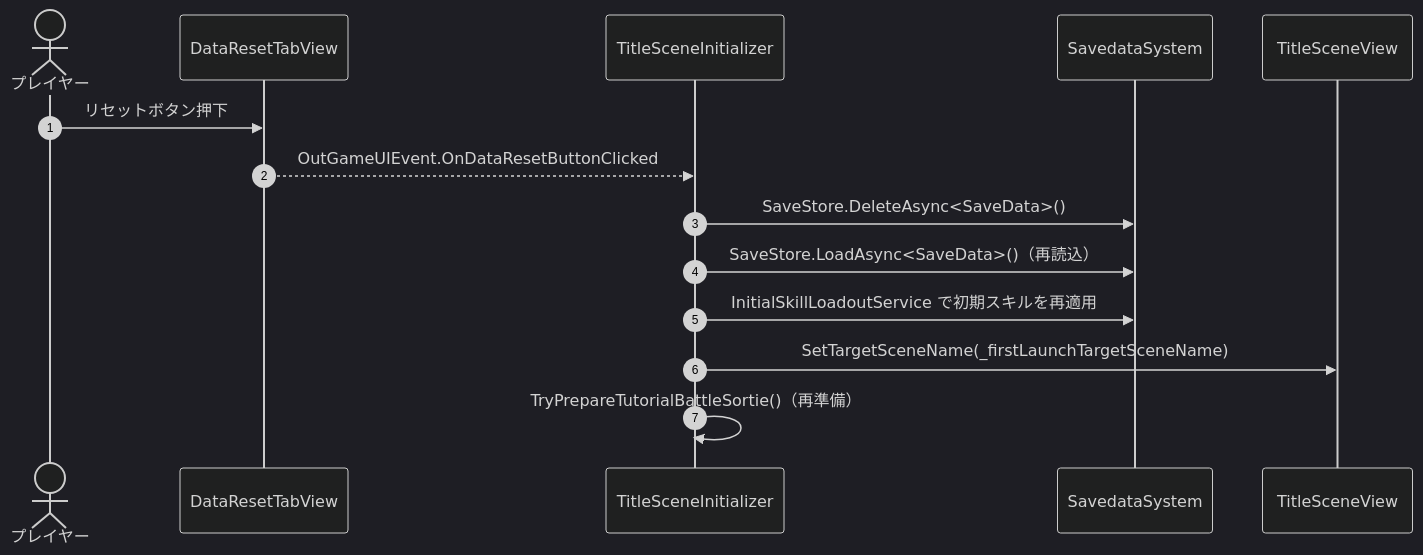
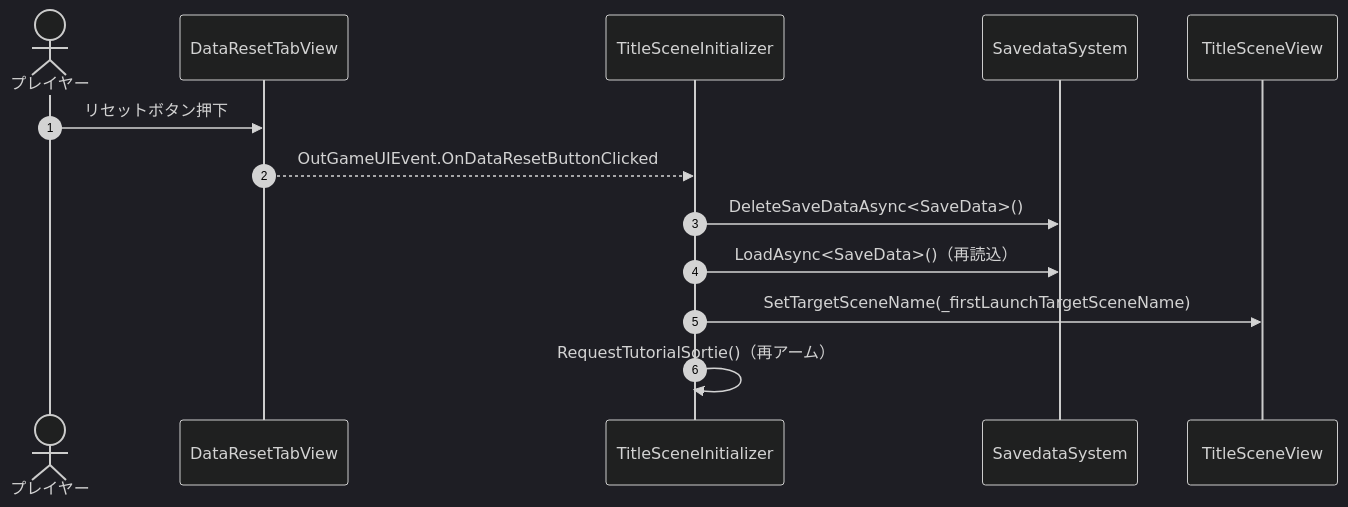
One commit to HIBIKI5201/SymphonyKillChord changed the third of 3 diagrams in Assets/Docs/ScriptsDocs/Modules/NotionModuleDocs/Title.md. Above: the diagram before and after it, drawn with Mermaid (dark theme). The commit also changed other lines of this file and 2383 other files, not shown here.

````diff
--- a/Assets/Docs/ScriptsDocs/Modules/NotionModuleDocs/Title.md
+++ b/Assets/Docs/ScriptsDocs/Modules/NotionModuleDocs/Title.md
@@ -159,17 +151,16 @@
 ```mermaid
 sequenceDiagram
     autonumber
     actor Player as プレイヤー
     participant ResetTab as DataResetTabView
     participant Init as TitleSceneInitializer
     participant Save as SavedataSystem
     participant View as TitleSceneView
 
     Player ->> ResetTab: リセットボタン押下
     ResetTab -->> Init: OutGameUIEvent.OnDataResetButtonClicked
-    Init ->> Save: SaveStore.DeleteAsync<SaveData>()
-    Init ->> Save: SaveStore.LoadAsync<SaveData>()（再読込）
-    Init ->> Save: InitialSkillLoadoutService で初期スキルを再適用
+    Init ->> Save: DeleteSaveDataAsync<SaveData>()
+    Init ->> Save: LoadAsync<SaveData>()（再読込）
     Init ->> View: SetTargetSceneName(_firstLaunchTargetSceneName)
-    Init ->> Init: TryPrepareTutorialBattleSortie()（再準備）
+    Init ->> Init: RequestTutorialSortie()（再アーム）
 ```
````
